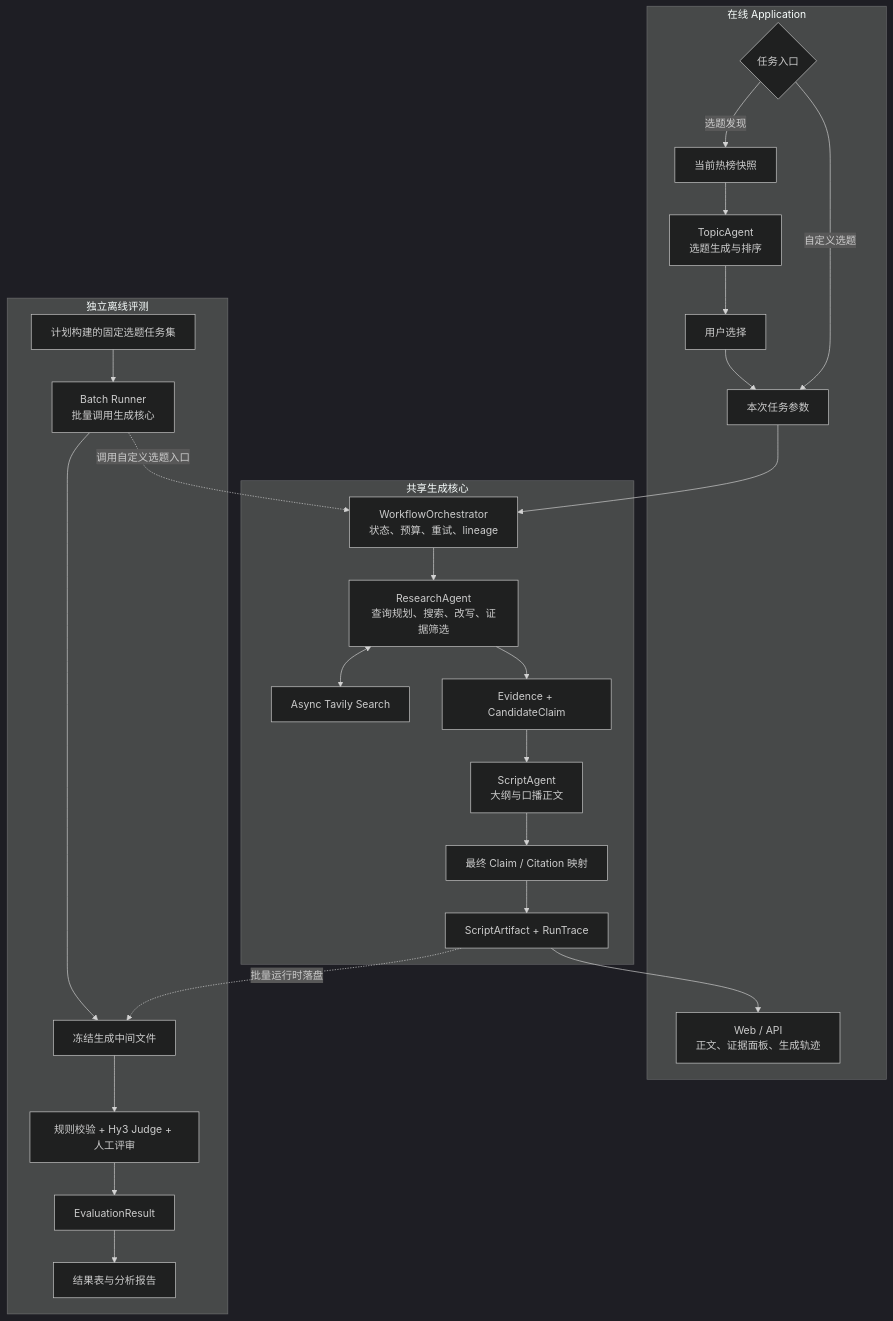
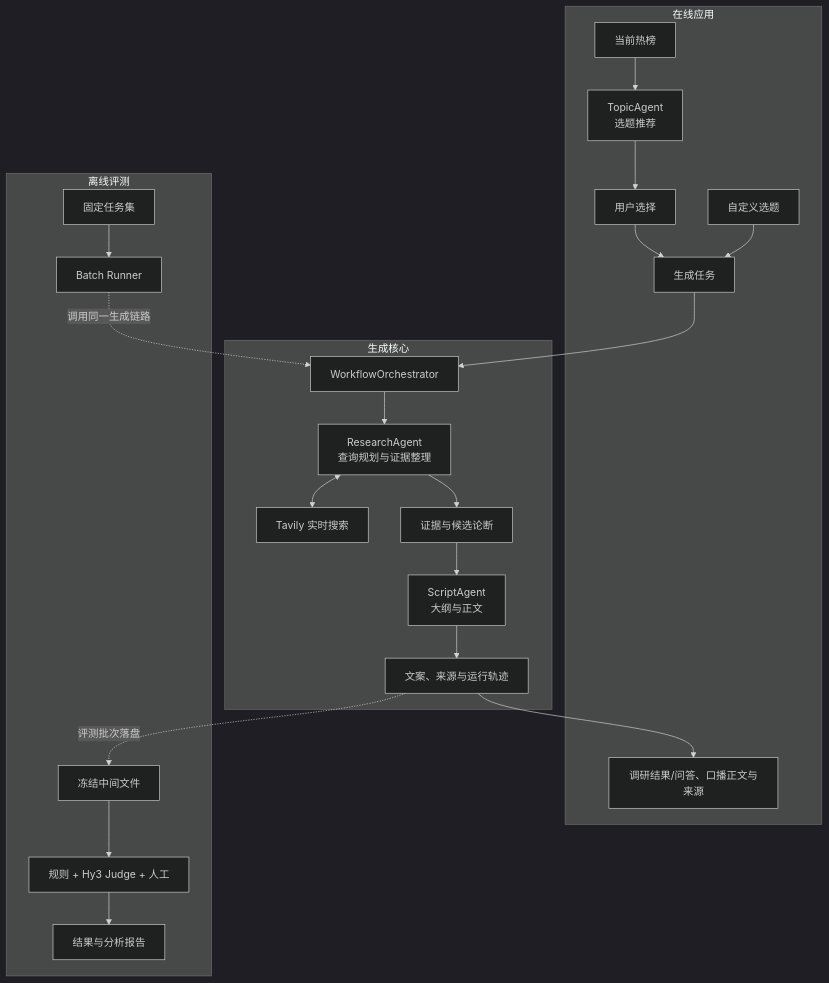
Before and after one commit to moyitech/viral-script: the diagram in PROJECT_PROPOSAL.md, drawn with Mermaid (dark theme). The commit also changed other lines of this file, not shown here.

````diff
--- a/PROJECT_PROPOSAL.md
+++ b/PROJECT_PROPOSAL.md
@@ -101,45 +48,29 @@
 ```mermaid
 flowchart TB
-    subgraph App[在线 Application]
-        Entry{任务入口}
-        Hotlist[当前热榜快照]
-        Topic[TopicAgent<br/>选题生成与排序]
-        UserPick[用户选择]
-        Task[本次任务参数]
-        UI[Web / API<br/>正文、证据面板、生成轨迹]
-
-        Entry -->|选题发现| Hotlist --> Topic --> UserPick --> Task
-        Entry -->|自定义选题| Task
+    subgraph App[在线应用]
+        Hotlist[当前热榜] --> Topic[TopicAgent<br/>选题推荐]
+        Topic --> Pick[用户选择]
+        Custom[自定义选题]
+        Pick --> Task[生成任务]
+        Custom --> Task
+        Result[调研结果/问答、口播正文与来源]
     end
 
-    subgraph Core[共享生成核心]
-        Orchestrator[WorkflowOrchestrator<br/>状态、预算、重试、lineage]
-        Research[ResearchAgent<br/>查询规划、搜索、改写、证据筛选]
-        Search[Async Tavily Search]
-        Evidence[Evidence + CandidateClaim]
-        Script[ScriptAgent<br/>大纲与口播正文]
-        Mapping[最终 Claim / Citation 映射]
-        Artifact[ScriptArtifact + RunTrace]
-
-        Orchestrator --> Research
-        Research <--> Search
-        Research --> Evidence --> Script --> Mapping --> Artifact
+    subgraph Core[生成核心]
+        Task --> Flow[WorkflowOrchestrator]
+        Flow --> Research[ResearchAgent<br/>查询规划与证据整理]
+        Research <--> Search[Tavily 实时搜索]
+        Research --> Evidence[证据与候选论断]
+        Evidence --> Script[ScriptAgent<br/>大纲与正文]
+        Script --> Artifact[文案、来源与运行轨迹]
+        Artifact --> Result
     end
 
-    subgraph Eval[独立离线评测]
-        Dataset[计划构建的固定选题任务集]
-        Batch[Batch Runner<br/>批量调用生成核心]
-        Frozen[冻结生成中间文件]
-        Evaluator[规则校验 + Hy3 Judge + 人工评审]
-        Result[EvaluationResult]
-        Report[结果表与分析报告]
-
-        Dataset --> Batch
-        Batch --> Frozen --> Evaluator --> Result --> Report
+    subgraph Eval[离线评测]
+        Dataset[固定任务集] --> Runner[Batch Runner]
+        Runner -. 调用同一生成链路 .-> Flow
+        Artifact -. 评测批次落盘 .-> Frozen[冻结中间文件]
+        Frozen --> Score[规则 + Hy3 Judge + 人工]
+        Score --> Report[结果与分析报告]
     end
-
-    Task --> Orchestrator
-    Artifact --> UI
-    Batch -. 调用自定义选题入口 .-> Orchestrator
-    Artifact -. 批量运行时落盘 .-> Frozen
 ```
````
